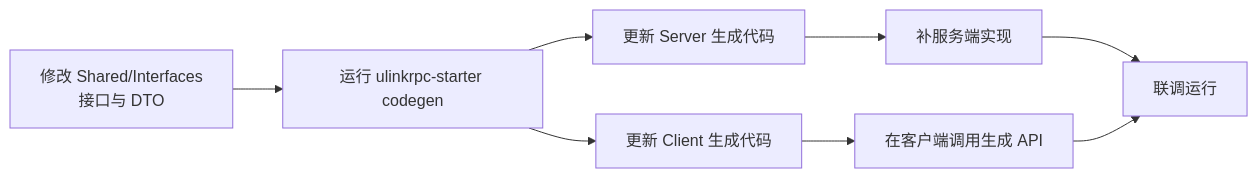
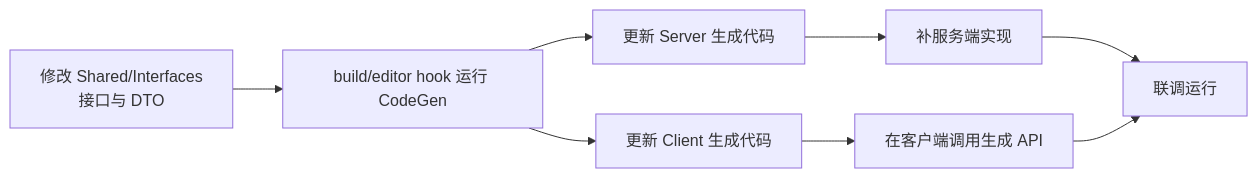
The second of 2 diagrams in blog/content/posts/ulinkrpc-getting-started.md (bruce48x/ULinkRPC), drawn with Mermaid before and after one commit. The commit also changed other lines of this file and 17 other files, not shown here.

````diff
--- a/blog/content/posts/ulinkrpc-getting-started.md
+++ b/blog/content/posts/ulinkrpc-getting-started.md
@@ -235,10 +234,10 @@
 ```mermaid
 flowchart LR
-    A["修改 Shared/Interfaces<br/>接口与 DTO"] --> B["运行 ulinkrpc-starter codegen"]
+    A["修改 Shared/Interfaces<br/>接口与 DTO"] --> B["build/editor hook 运行 CodeGen"]
     B --> C["更新 Server 生成代码"]
     B --> D["更新 Client 生成代码"]
     C --> E["补服务端实现"]
     D --> F["在客户端调用生成 API"]
     E --> G["联调运行"]
     F --> G
 ```
````
